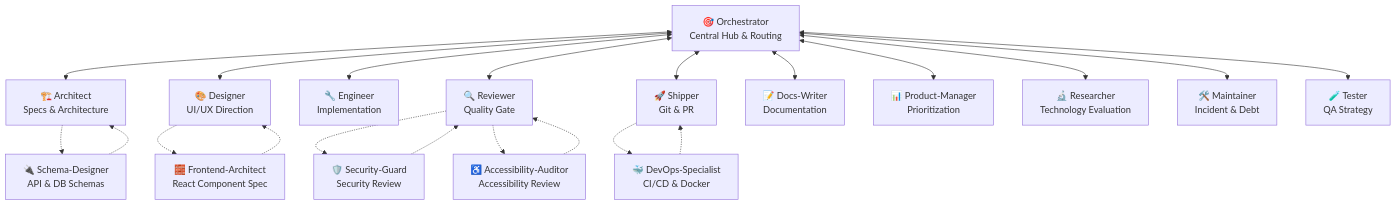
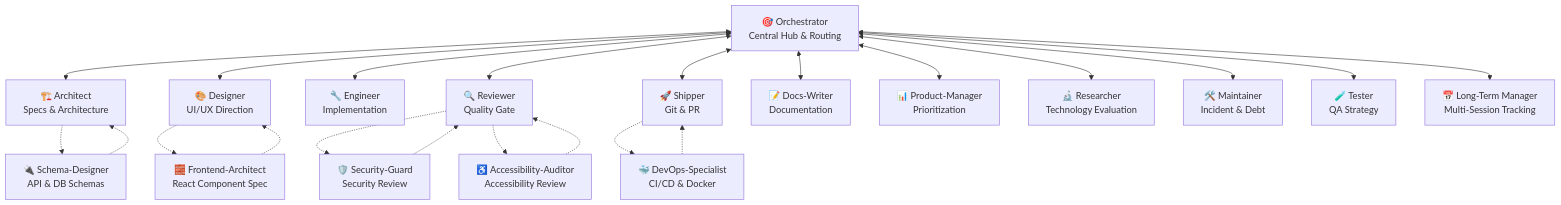
One commit to leorsousa05/CrewLoop changed the diagram in docs/docs/concepts/workflow.md. Above: the diagram before and after it, drawn with Mermaid. The commit also changed other lines of this file and 23 other files, not shown here.

First line of the commit message:
Feat/long term manager skill (#55)

````diff
--- a/docs/docs/concepts/workflow.md
+++ b/docs/docs/concepts/workflow.md
@@ -11,25 +11,26 @@
 ```mermaid
 flowchart TD
     O["🎯 Orchestrator\nCentral Hub & Routing"] <--> A["🏗️ Architect\nSpecs & Architecture"]
     O <--> D["🎨 Designer\nUI/UX Direction"]
     O <--> E["🔧 Engineer\nImplementation"]
     O <--> R["🔍 Reviewer\nQuality Gate"]
     O <--> S["🚀 Shipper\nGit & PR"]
     O <--> W["📝 Docs-Writer\nDocumentation"]
     O <--> PM["📊 Product-Manager\nPrioritization"]
     O <--> RS["🔬 Researcher\nTechnology Evaluation"]
     O <--> MN["🛠️ Maintainer\nIncident & Debt"]
     O <--> T["🧪 Tester\nQA Strategy"]
+    O <--> LTM["📅 Long-Term Manager\nMulti-Session Tracking"]
 
     A -.-> SD["🔌 Schema-Designer\nAPI & DB Schemas"]
     SD -.-> A
     D -.-> FA["🧱 Frontend-Architect\nReact Component Spec"]
     FA -.-> D
     S -.-> DO["🐳 DevOps-Specialist\nCI/CD & Docker"]
     DO -.-> S
 
     SG["🛡️ Security-Guard\nSecurity Review"] -.-> R
     AA["♿ Accessibility-Auditor\nAccessibility Review"] -.-> R
     R -.-> SG
     R -.-> AA
 ```
````
